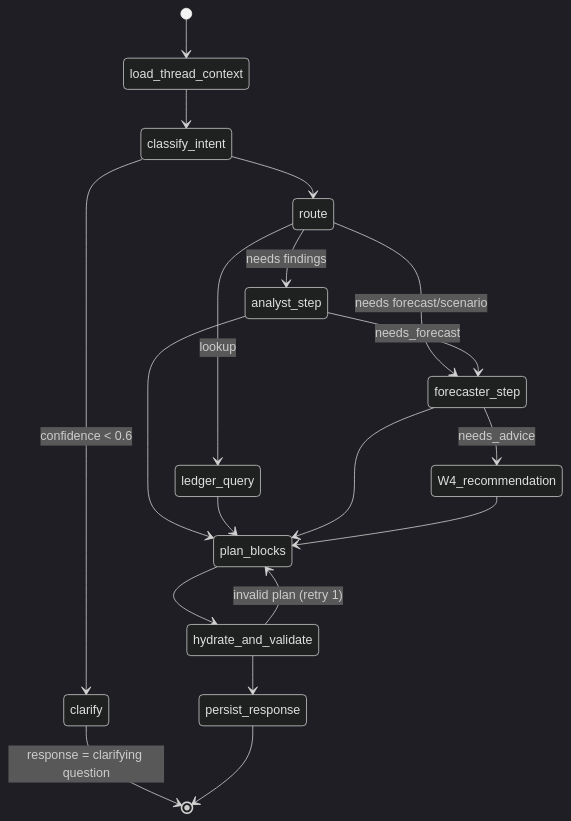
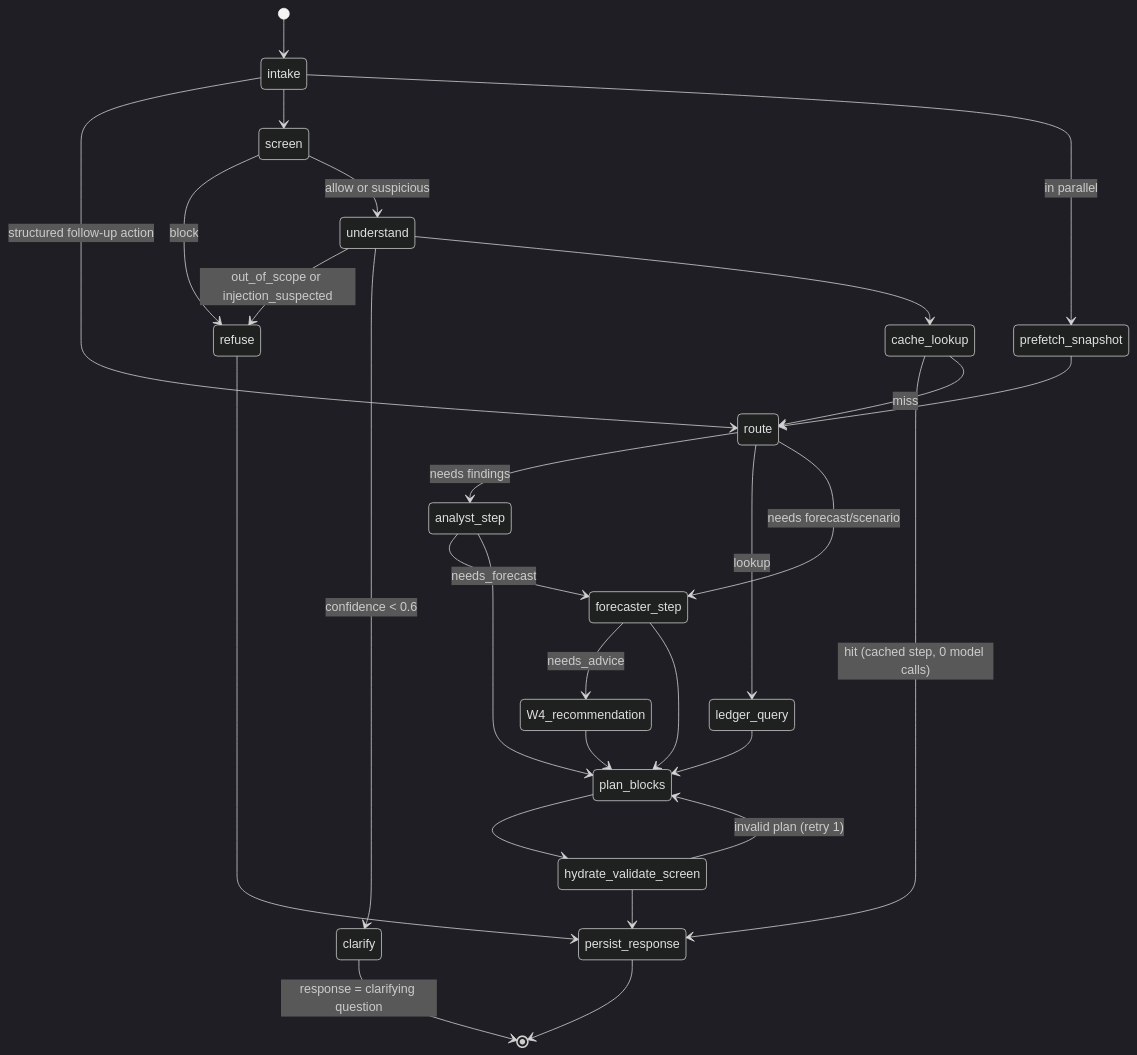
Before and after one commit to olaheavy-dev/Foresight: the fifth of 6 diagrams in docs/06-AGENT-ORCHESTRATION.md, drawn with Mermaid (dark theme). The commit also changed other lines of this file and 7 other files, not shown here.

First line of the commit message:
Design the Ask pipeline: injection defence, follow-ups, answer cache, run events

````diff
--- a/docs/06-AGENT-ORCHESTRATION.md
+++ b/docs/06-AGENT-ORCHESTRATION.md
@@ -510,21 +521,30 @@
 ```mermaid
 stateDiagram-v2
-    [*] --> load_thread_context
-    load_thread_context --> classify_intent
-    classify_intent --> clarify: confidence < 0.6
-    clarify --> [*]: response = clarifying question
-    classify_intent --> route
+    [*] --> intake
+    intake --> route: structured follow-up action
+    intake --> screen
+    intake --> prefetch_snapshot: in parallel
+    screen --> refuse: block
+    screen --> understand: allow or suspicious
+    understand --> refuse: out_of_scope or injection_suspected
+    understand --> clarify: confidence < 0.6
+    understand --> cache_lookup
+    cache_lookup --> persist_response: hit (cached step, 0 model calls)
+    cache_lookup --> route: miss
+    prefetch_snapshot --> route
     route --> analyst_step: needs findings
     route --> ledger_query: lookup
     route --> forecaster_step: needs forecast/scenario
     analyst_step --> forecaster_step: needs_forecast
     analyst_step --> plan_blocks
     ledger_query --> plan_blocks
     forecaster_step --> W4_recommendation: needs_advice
     forecaster_step --> plan_blocks
     W4_recommendation --> plan_blocks
-    plan_blocks --> hydrate_and_validate
-    hydrate_and_validate --> plan_blocks: invalid plan (retry 1)
-    hydrate_and_validate --> persist_response
+    plan_blocks --> hydrate_validate_screen
+    hydrate_validate_screen --> plan_blocks: invalid plan (retry 1)
+    hydrate_validate_screen --> persist_response
+    refuse --> persist_response
+    clarify --> [*]: response = clarifying question
     persist_response --> [*]
 ```
````
